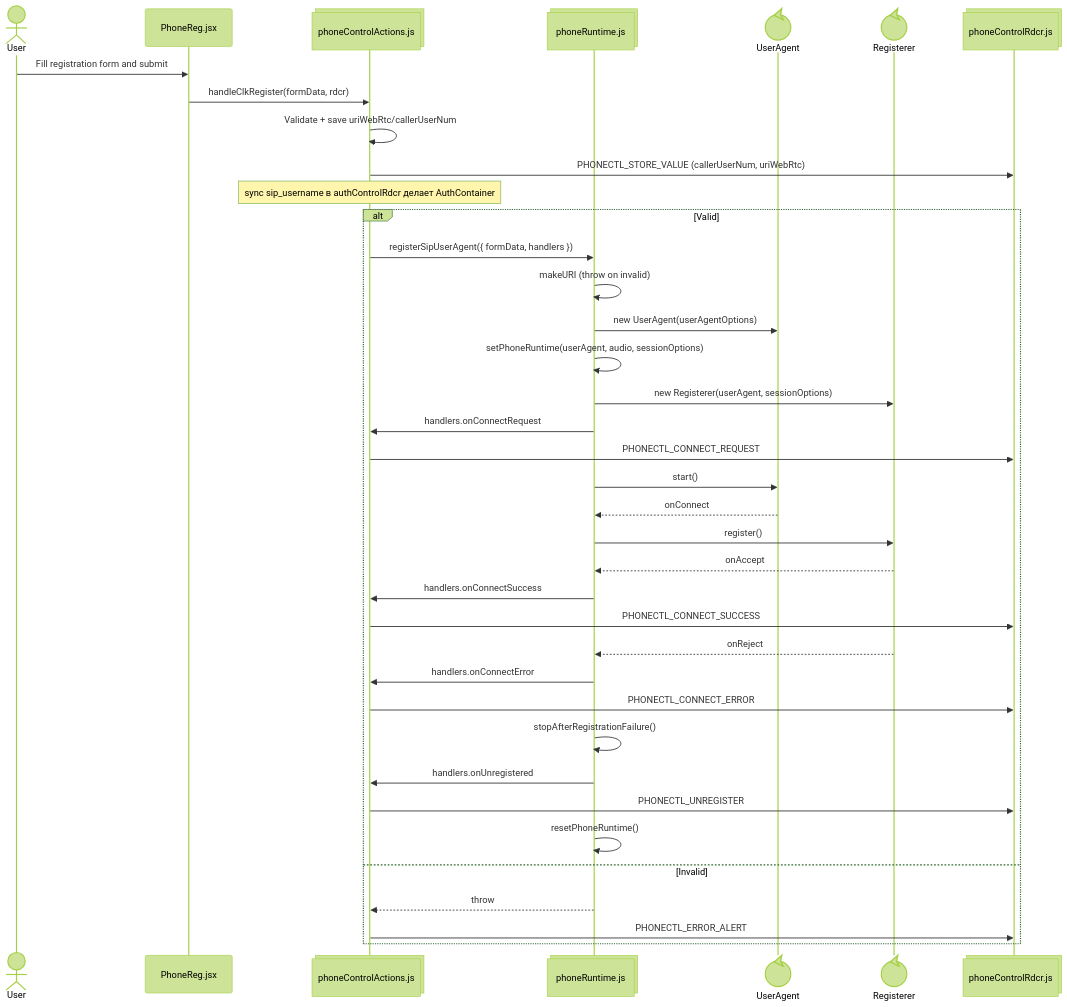
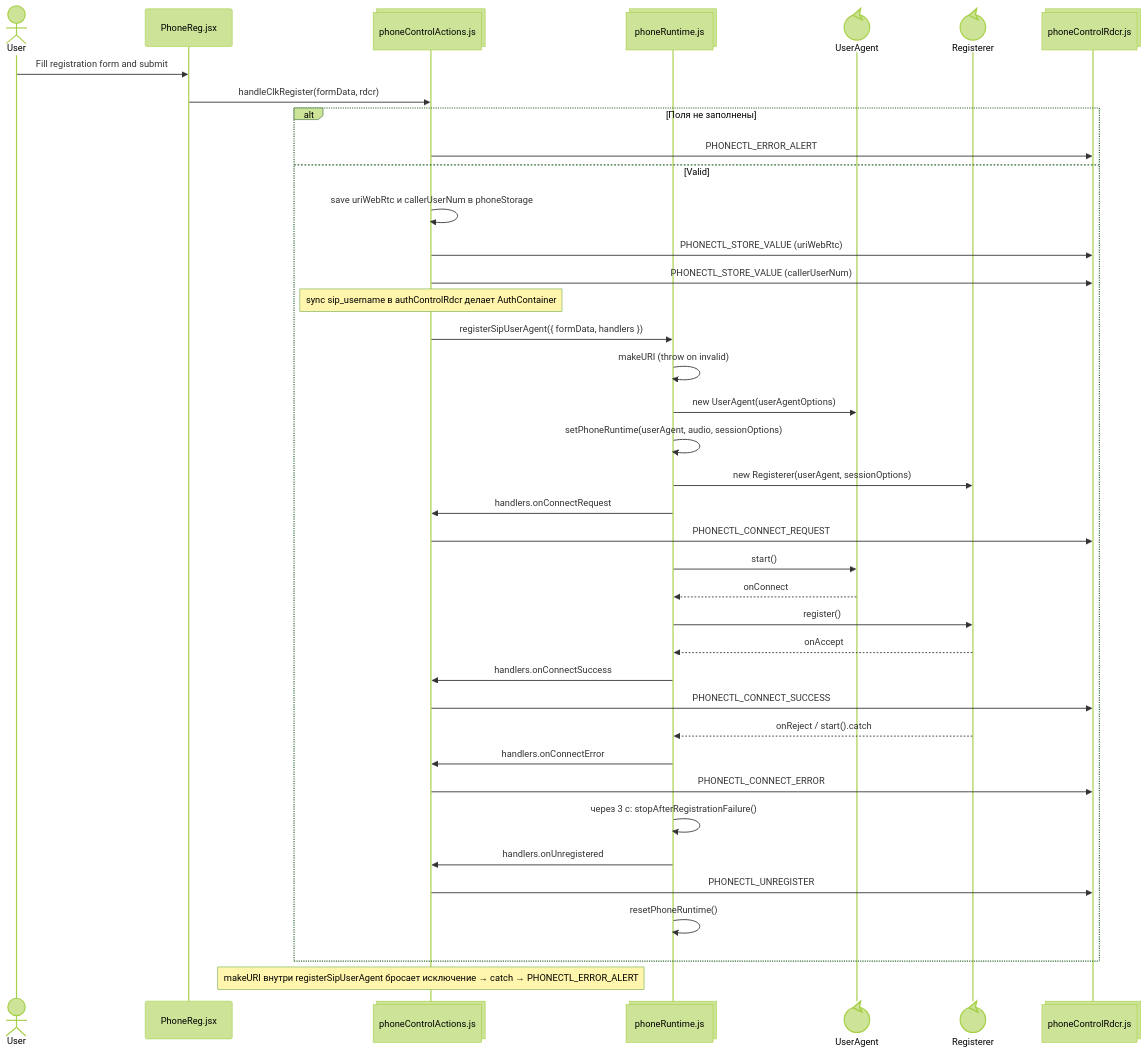
One commit to ars-anosov/sipjs-react changed the fourth of 9 diagrams in docs/STATE.md. Above: the diagram before and after it, drawn with Mermaid (forest theme). The commit also changed other lines of this file and 13 other files, not shown here.

````diff
--- a/docs/STATE.md
+++ b/docs/STATE.md
@@ -115,41 +137,42 @@
 ```mermaid
 sequenceDiagram
   actor User
   participant PhoneReg@{ "type" : "participant", "alias": "PhoneReg.jsx" }
   participant Action@{ "type" : "collections", "alias": "phoneControlActions.js" }
   participant Runtime@{ "type" : "collections", "alias": "phoneRuntime.js" }
   participant UserAgent@{ "type" : "control" }
   participant Registerer@{ "type" : "control" }
   participant Dispatch@{ "type" : "collections", "alias": "phoneControlRdcr.js" }
 
   User->>PhoneReg: Fill registration form and submit
   PhoneReg->>Action: handleClkRegister(formData, rdcr)
-  Action->>Action: Validate + save uriWebRtc/callerUserNum
-  Action->>Dispatch: PHONECTL_STORE_VALUE (callerUserNum, uriWebRtc)
-  Note over Action: sync sip_username в authControlRdcr делает AuthContainer
-  alt Valid
+  alt Поля не заполнены
+    Action->>Dispatch: PHONECTL_ERROR_ALERT
+  else Valid
+    Action->>Action: save uriWebRtc и callerUserNum в phoneStorage
+    Action->>Dispatch: PHONECTL_STORE_VALUE (uriWebRtc)
+    Action->>Dispatch: PHONECTL_STORE_VALUE (callerUserNum)
+    Note over Action: sync sip_username в authControlRdcr делает AuthContainer
     Action->>Runtime: registerSipUserAgent({ formData, handlers })
     Runtime->>Runtime: makeURI (throw on invalid)
     Runtime->>UserAgent: new UserAgent(userAgentOptions)
     Runtime->>Runtime: setPhoneRuntime(userAgent, audio, sessionOptions)
     Runtime->>Registerer: new Registerer(userAgent, sessionOptions)
     Runtime->>Action: handlers.onConnectRequest
     Action->>Dispatch: PHONECTL_CONNECT_REQUEST
     Runtime->>UserAgent: start()
     UserAgent-->>Runtime: onConnect
     Runtime->>Registerer: register()
     Registerer-->>Runtime: onAccept
     Runtime->>Action: handlers.onConnectSuccess
     Action->>Dispatch: PHONECTL_CONNECT_SUCCESS
-    Registerer-->>Runtime: onReject
+    Registerer-->>Runtime: onReject / start().catch
     Runtime->>Action: handlers.onConnectError
     Action->>Dispatch: PHONECTL_CONNECT_ERROR
-    Runtime->>Runtime: stopAfterRegistrationFailure()
+    Runtime->>Runtime: через 3 с: stopAfterRegistrationFailure()
     Runtime->>Action: handlers.onUnregistered
     Action->>Dispatch: PHONECTL_UNREGISTER
     Runtime->>Runtime: resetPhoneRuntime()
-  else Invalid
-    Runtime-->>Action: throw
-    Action->>Dispatch: PHONECTL_ERROR_ALERT
   end
+  Note over Action: makeURI внутри registerSipUserAgent бросает исключение → catch → PHONECTL_ERROR_ALERT
 ```
````
